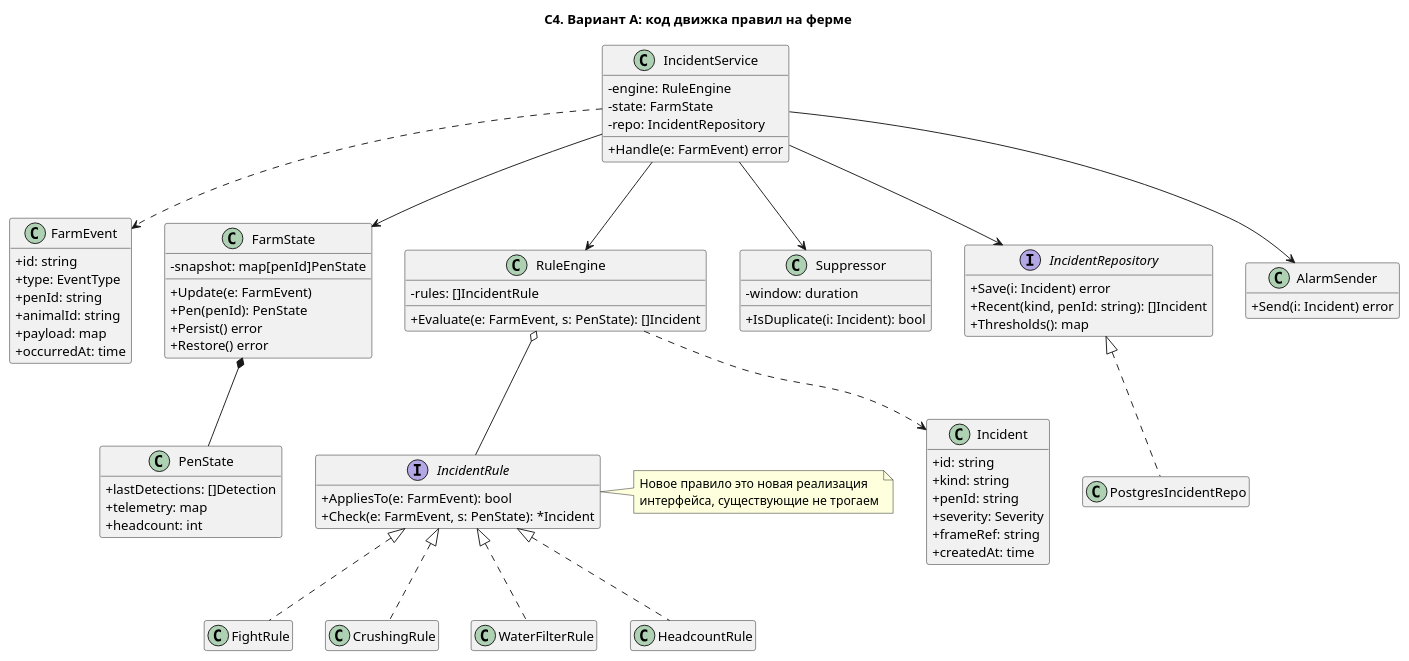
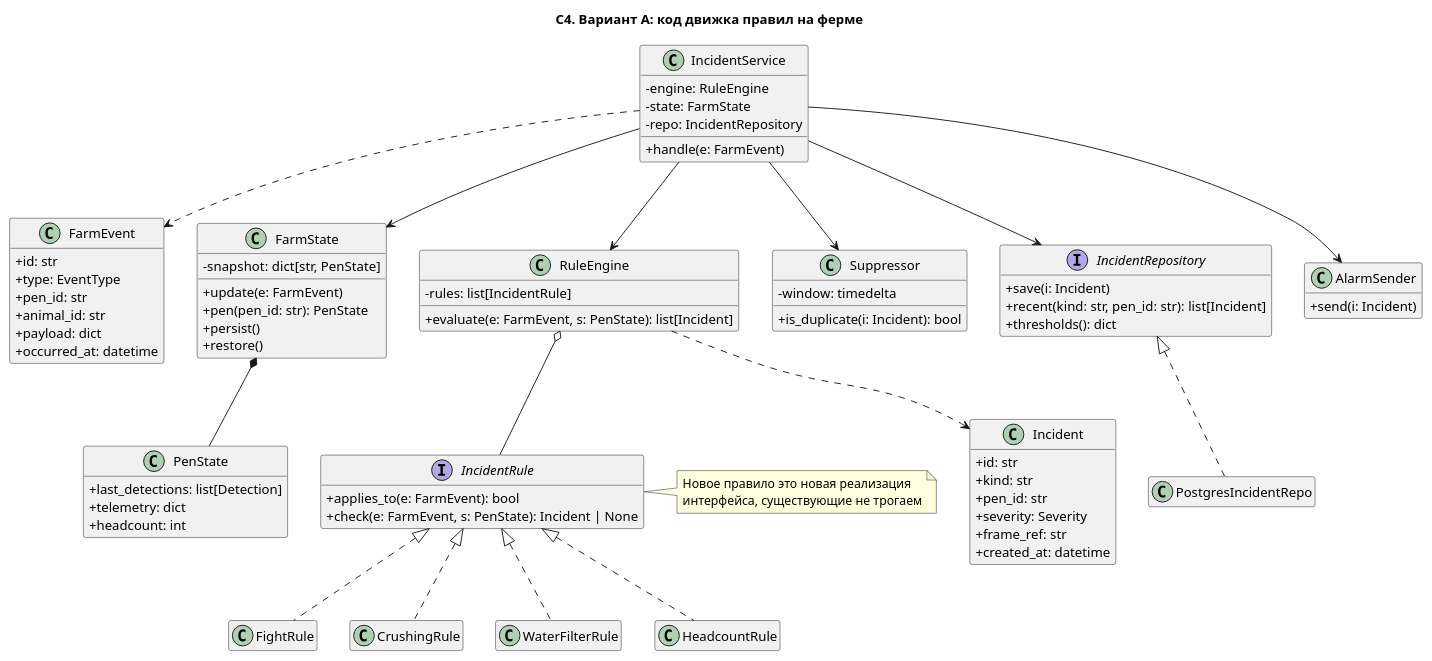
The diagram in Task3/C4-main.puml (FCTL3314/MSA-AgroTech), drawn with PlantUML before and after one commit. The commit also changed 24 other files, not shown here.

```diff
--- a/Task3/C4-main.puml
+++ b/Task3/C4-main.puml
@@ -1,99 +1,99 @@
 @startuml C4-main
 
 title C4. Вариант A: код движка правил на ферме
 
 skinparam classAttributeIconSize 0
 hide empty members
 
 class FarmEvent {
-  +id: string
+  +id: str
   +type: EventType
-  +penId: string
-  +animalId: string
-  +payload: map
-  +occurredAt: time
+  +pen_id: str
+  +animal_id: str
+  +payload: dict
+  +occurred_at: datetime
 }
 
 class IncidentService {
   -engine: RuleEngine
   -state: FarmState
   -repo: IncidentRepository
-  +Handle(e: FarmEvent) error
+  +handle(e: FarmEvent)
 }
 
 class FarmState {
-  -snapshot: map[penId]PenState
-  +Update(e: FarmEvent)
-  +Pen(penId): PenState
-  +Persist() error
-  +Restore() error
+  -snapshot: dict[str, PenState]
+  +update(e: FarmEvent)
+  +pen(pen_id: str): PenState
+  +persist()
+  +restore()
 }
 
 class PenState {
-  +lastDetections: []Detection
-  +telemetry: map
+  +last_detections: list[Detection]
+  +telemetry: dict
   +headcount: int
 }
 
 class RuleEngine {
-  -rules: []IncidentRule
-  +Evaluate(e: FarmEvent, s: PenState): []Incident
+  -rules: list[IncidentRule]
+  +evaluate(e: FarmEvent, s: PenState): list[Incident]
 }
 
 interface IncidentRule {
-  +AppliesTo(e: FarmEvent): bool
-  +Check(e: FarmEvent, s: PenState): *Incident
+  +applies_to(e: FarmEvent): bool
+  +check(e: FarmEvent, s: PenState): Incident | None
 }
 
 class FightRule
 class CrushingRule
 class WaterFilterRule
 class HeadcountRule
 
 class Incident {
-  +id: string
-  +kind: string
-  +penId: string
+  +id: str
+  +kind: str
+  +pen_id: str
   +severity: Severity
-  +frameRef: string
-  +createdAt: time
+  +frame_ref: str
+  +created_at: datetime
 }
 
 class Suppressor {
-  -window: duration
-  +IsDuplicate(i: Incident): bool
+  -window: timedelta
+  +is_duplicate(i: Incident): bool
 }
 
 interface IncidentRepository {
-  +Save(i: Incident) error
-  +Recent(kind, penId: string): []Incident
-  +Thresholds(): map
+  +save(i: Incident)
+  +recent(kind: str, pen_id: str): list[Incident]
+  +thresholds(): dict
 }
 
 class PostgresIncidentRepo
 
 class AlarmSender {
-  +Send(i: Incident) error
+  +send(i: Incident)
 }
 
 IncidentService --> RuleEngine
 IncidentService --> FarmState
 IncidentService --> Suppressor
 IncidentService --> IncidentRepository
 IncidentService --> AlarmSender
 RuleEngine o-- IncidentRule
 IncidentRule <|.. FightRule
 IncidentRule <|.. CrushingRule
 IncidentRule <|.. WaterFilterRule
 IncidentRule <|.. HeadcountRule
 RuleEngine ..> Incident
 FarmState *-- PenState
 IncidentRepository <|.. PostgresIncidentRepo
 IncidentService ..> FarmEvent
 
 note right of IncidentRule
   Новое правило это новая реализация
   интерфейса, существующие не трогаем
 end note
 
 @enduml
```
